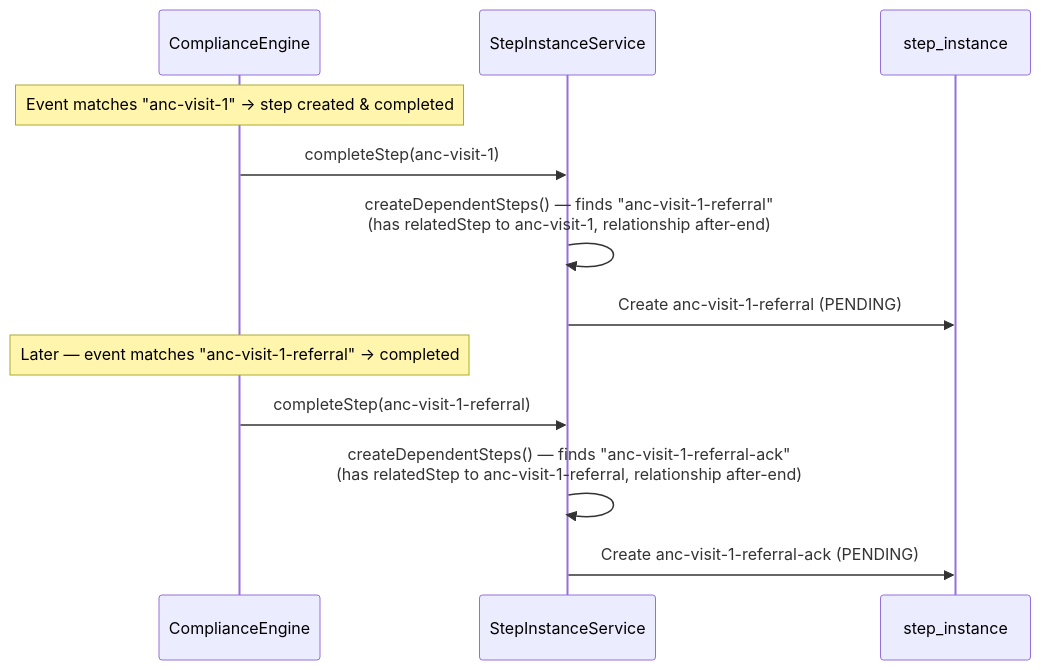
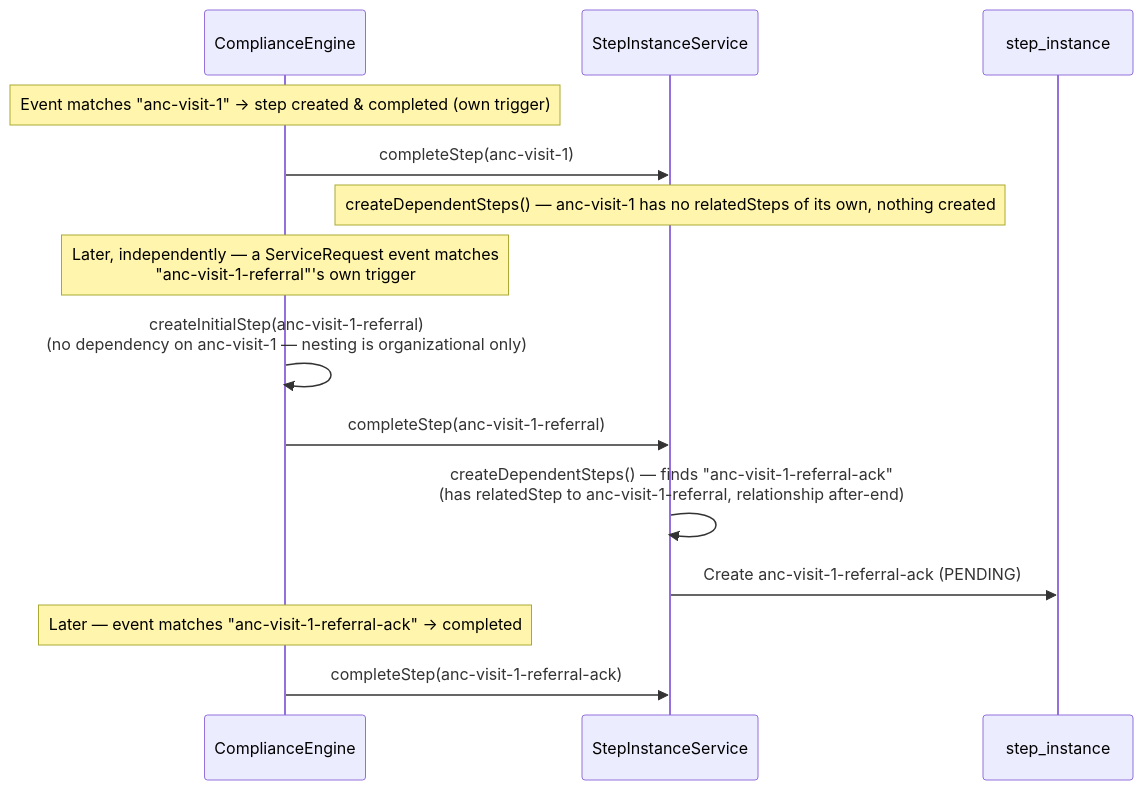
The ninth of 9 diagrams in docs/architecture-overview.md (Jayaprakash8887/cce-compliance-service), drawn with Mermaid before and after one commit. The commit also changed other lines of this file and 8 other files, not shown here.

````diff
--- a/docs/architecture-overview.md
+++ b/docs/architecture-overview.md
@@ -770,16 +781,19 @@
 ```mermaid
 sequenceDiagram
     participant Engine as ComplianceEngine
     participant SIS as StepInstanceService
     participant DB as step_instance
 
-    Note over Engine: Event matches "anc-visit-1" → step created & completed
+    Note over Engine: Event matches "anc-visit-1" → step created & completed (own trigger)
     Engine->>SIS: completeStep(anc-visit-1)
-    SIS->>SIS: createDependentSteps() — finds "anc-visit-1-referral"<br/>(has relatedStep to anc-visit-1, relationship after-end)
-    SIS->>DB: Create anc-visit-1-referral (PENDING)
+    Note over SIS: createDependentSteps() — anc-visit-1 has no relatedSteps of its own, nothing created
 
-    Note over Engine: Later — event matches "anc-visit-1-referral" → completed
+    Note over Engine: Later, independently — a ServiceRequest event matches<br/>"anc-visit-1-referral"'s own trigger
+    Engine->>Engine: createInitialStep(anc-visit-1-referral)<br/>(no dependency on anc-visit-1 — nesting is organizational only)
     Engine->>SIS: completeStep(anc-visit-1-referral)
     SIS->>SIS: createDependentSteps() — finds "anc-visit-1-referral-ack"<br/>(has relatedStep to anc-visit-1-referral, relationship after-end)
     SIS->>DB: Create anc-visit-1-referral-ack (PENDING)
+
+    Note over Engine: Later — event matches "anc-visit-1-referral-ack" → completed
+    Engine->>SIS: completeStep(anc-visit-1-referral-ack)
 ```
````
